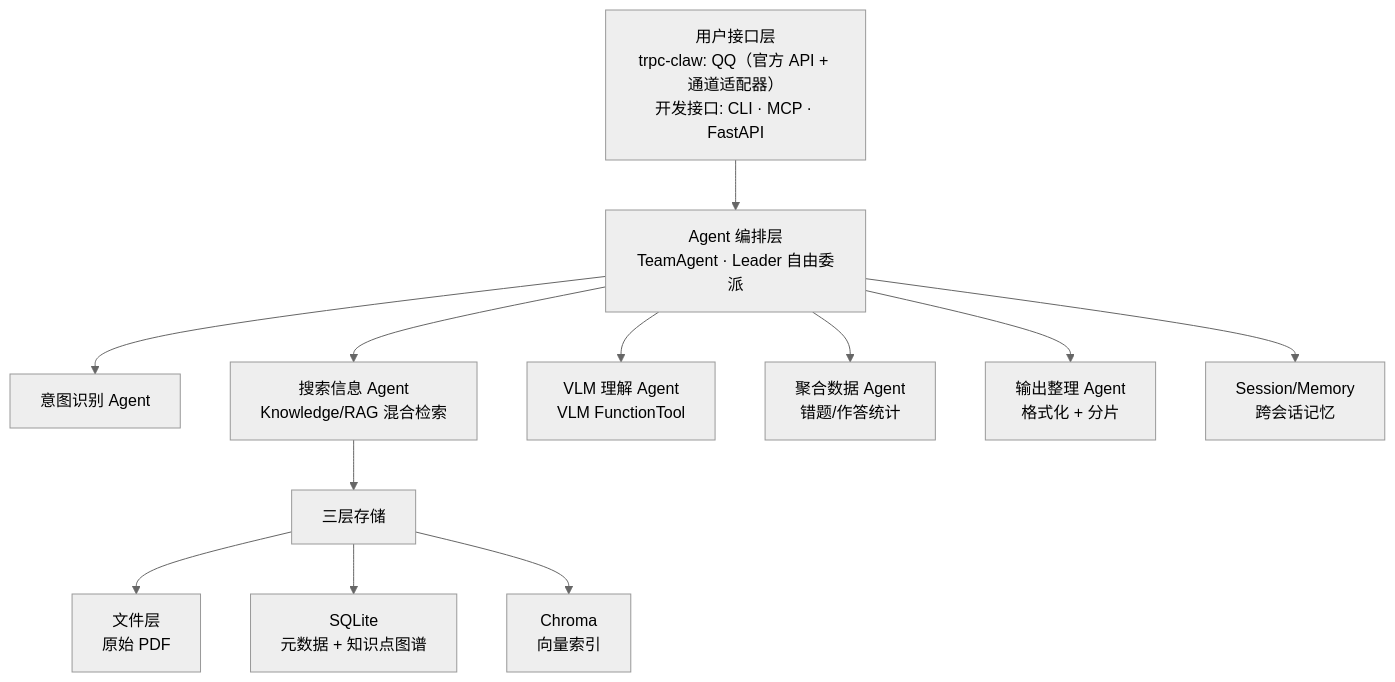
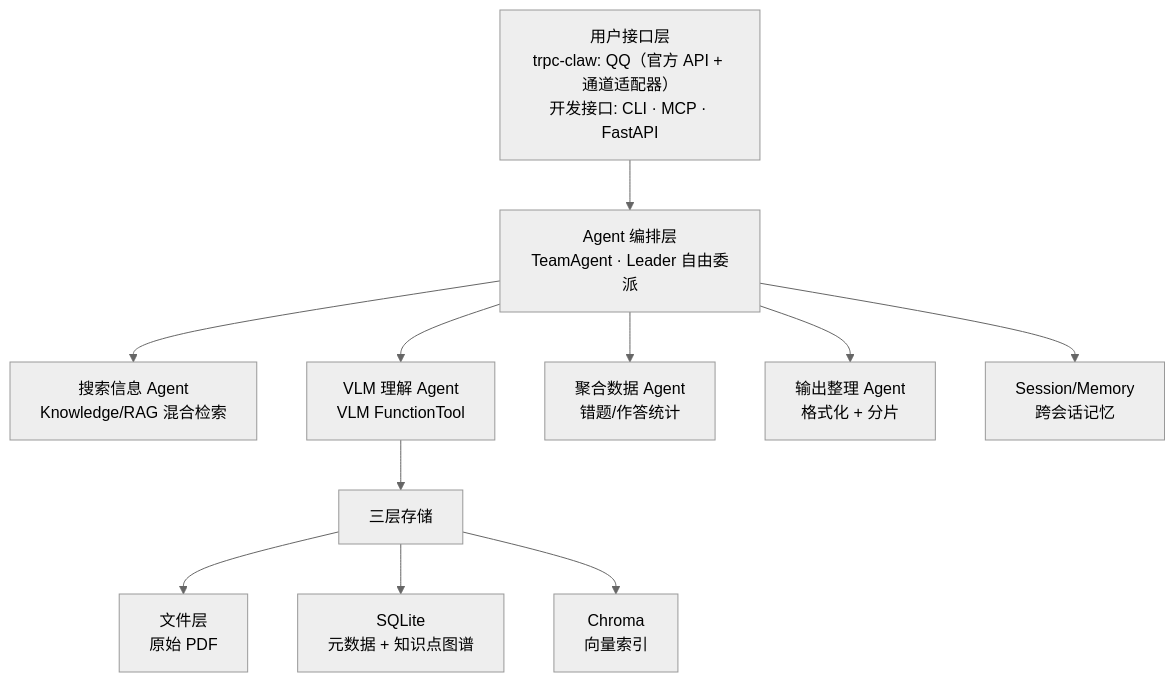
The first of 3 diagrams in docs/architecture.md (ttzc/gaokao_rag), drawn with Mermaid (neutral theme) before and after one commit. The commit also changed other lines of this file and 9 other files, not shown here.

First line of the commit message:
docs: 意图识别内联 Leader 系统提示词（非独立子 Agent）

````diff
--- a/docs/architecture.md
+++ b/docs/architecture.md
@@ -16,17 +16,16 @@
 ```mermaid
 flowchart TD
     A[用户接口层<br/>trpc-claw: QQ（官方 API + 通道适配器）<br/>开发接口: CLI · MCP · FastAPI] --> B[Agent 编排层<br/>TeamAgent · Leader 自由委派]
 
-    B --> C[意图识别 Agent]
-    B --> D[搜索信息 Agent<br/>Knowledge/RAG 混合检索]
-    B --> E[VLM 理解 Agent<br/>VLM FunctionTool]
-    B --> F[聚合数据 Agent<br/>错题/作答统计]
-    B --> G[输出整理 Agent<br/>格式化 + 分片]
+    B --> C[搜索信息 Agent<br/>Knowledge/RAG 混合检索]
+    B --> D[VLM 理解 Agent<br/>VLM FunctionTool]
+    B --> E[聚合数据 Agent<br/>错题/作答统计]
+    B --> F[输出整理 Agent<br/>格式化 + 分片]
 
     B --> H[Session/Memory<br/>跨会话记忆]
 
     D --> I[三层存储]
     I --> I1[文件层<br/>原始 PDF]
     I --> I2[SQLite<br/>元数据 + 知识点图谱]
     I --> I3[Chroma<br/>向量索引]
 ```
````
